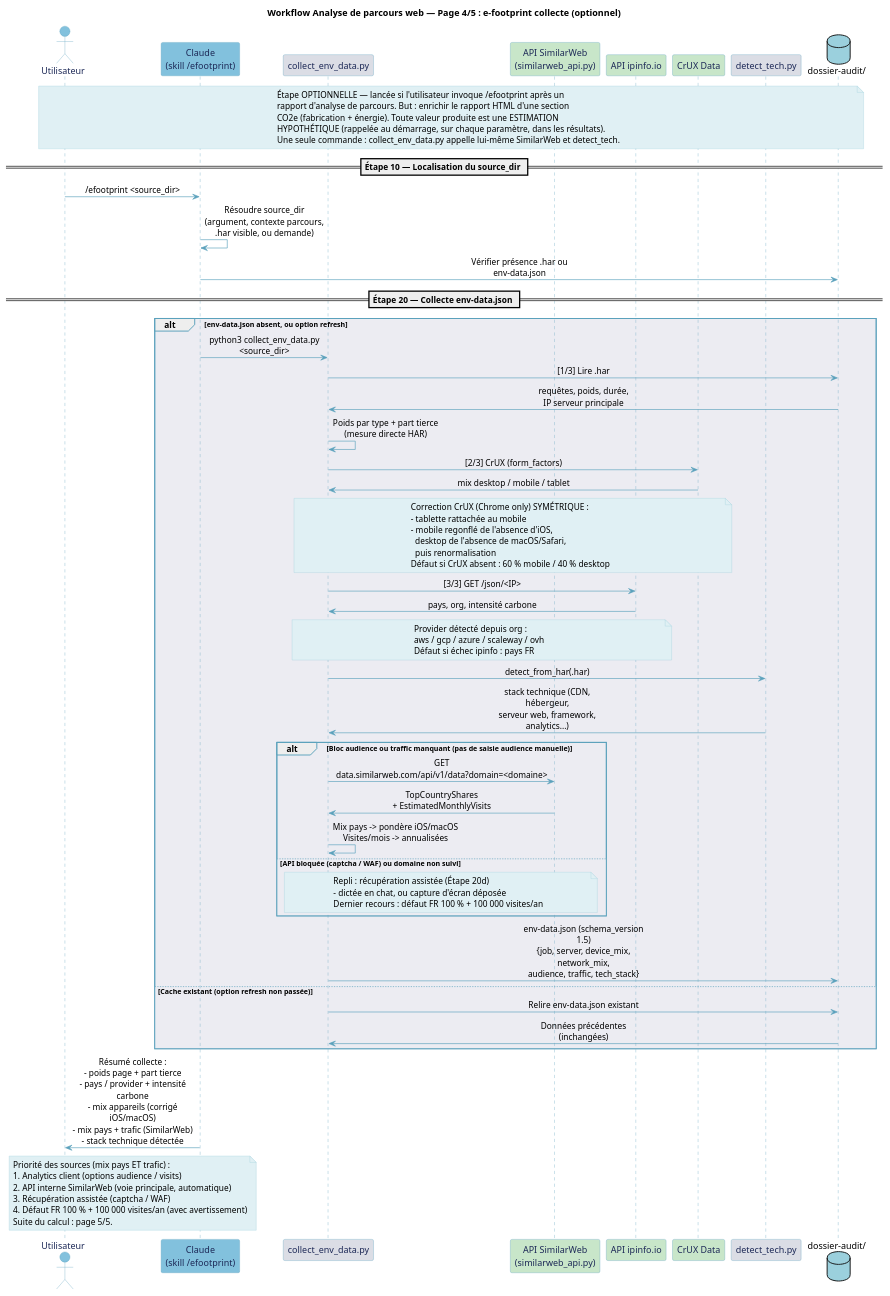
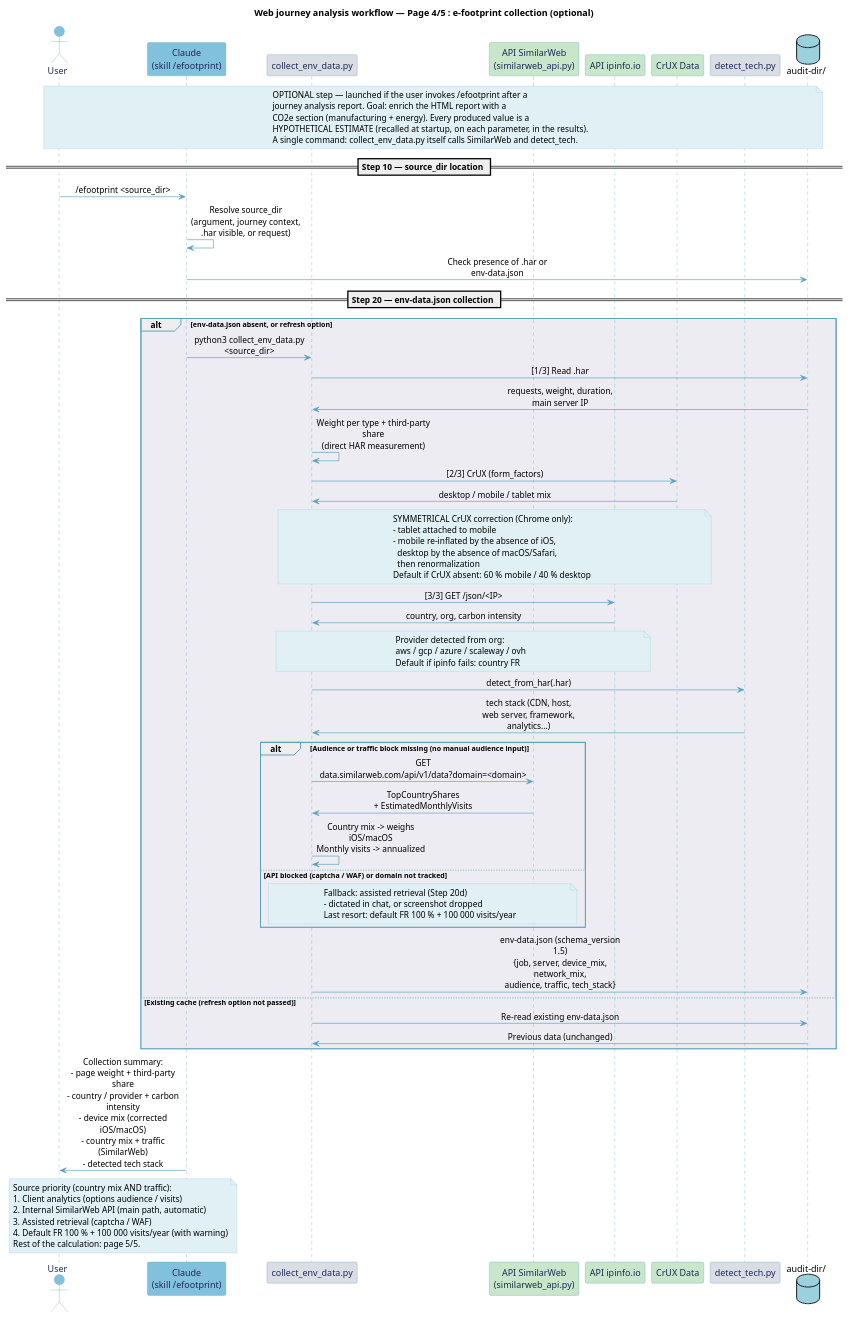
Before and after one commit to Boavizta/eroom: the fourth of 7 diagrams in .claude/skills/diagrammes-analyse-parcours/SKILL.md, drawn with PlantUML. The commit also changed other lines of this file and 228 other files, not shown here.

````diff
--- a/.claude/skills/diagrammes-analyse-parcours/SKILL.md
+++ b/.claude/skills/diagrammes-analyse-parcours/SKILL.md
@@ -383,6 +385,6 @@
 ```plantuml
 @startuml analyse-parcours-p4
-title Workflow Analyse de parcours web — Page 4/5 : e-footprint collecte (optionnel)
+title Web journey analysis workflow — Page 4/5 : e-footprint collection (optional)
 
 skinparam backgroundColor #FFFFFF
 skinparam participant {
@@ -405,89 +407,89 @@
 skinparam maxMessageSize 200
 skinparam responseMessageBelowArrow true
 
-actor "Utilisateur" as U #82C1DD
+actor "User" as U #82C1DD
 participant "Claude\n(skill /efootprint)" as C #82C1DD
 participant "collect_env_data.py" as CED #DBDDE5
 participant "API SimilarWeb\n(similarweb_api.py)" as SW #C8E6C9
 participant "API ipinfo.io" as IP #C8E6C9
 participant "CrUX Data" as CR #C8E6C9
 participant "detect_tech.py" as DT #DBDDE5
-database "dossier-audit/" as FS #9BD0DD
+database "audit-dir/" as FS #9BD0DD
 
 note over U, FS
-  Étape OPTIONNELLE — lancée si l'utilisateur invoque /efootprint après un
-  rapport d'analyse de parcours. But : enrichir le rapport HTML d'une section
-  CO2e (fabrication + énergie). Toute valeur produite est une ESTIMATION
-  HYPOTHÉTIQUE (rappelée au démarrage, sur chaque paramètre, dans les résultats).
-  Une seule commande : collect_env_data.py appelle lui-même SimilarWeb et detect_tech.
+  OPTIONAL step — launched if the user invokes /efootprint after a
+  journey analysis report. Goal: enrich the HTML report with a
+  CO2e section (manufacturing + energy). Every produced value is a
+  HYPOTHETICAL ESTIMATE (recalled at startup, on each parameter, in the results).
+  A single command: collect_env_data.py itself calls SimilarWeb and detect_tech.
 end note
 
-== Étape 10 — Localisation du source_dir ==
+== Step 10 — source_dir location ==
 
 U -> C : /efootprint <source_dir>
-C -> C : Résoudre source_dir\n(argument, contexte parcours,\n.har visible, ou demande)
-C -> FS : Vérifier présence .har ou env-data.json
+C -> C : Resolve source_dir\n(argument, journey context,\n.har visible, or request)
+C -> FS : Check presence of .har or env-data.json
 
-== Étape 20 — Collecte env-data.json ==
+== Step 20 — env-data.json collection ==
 
-alt env-data.json absent, ou option refresh
+alt env-data.json absent, or refresh option
   C -> CED : python3 collect_env_data.py <source_dir>
 
-  CED -> FS : [1/3] Lire .har
-  FS -> CED : requêtes, poids, durée,\nIP serveur principale
-  CED -> CED : Poids par type + part tierce\n(mesure directe HAR)
+  CED -> FS : [1/3] Read .har
+  FS -> CED : requests, weight, duration,\nmain server IP
+  CED -> CED : Weight per type + third-party share\n(direct HAR measurement)
 
   CED -> CR : [2/3] CrUX (form_factors)
-  CR -> CED : mix desktop / mobile / tablet
+  CR -> CED : desktop / mobile / tablet mix
 
   note over CED, CR
-    Correction CrUX (Chrome only) SYMÉTRIQUE :
-    - tablette rattachée au mobile
-    - mobile regonflé de l'absence d'iOS,
-      desktop de l'absence de macOS/Safari,
-      puis renormalisation
-    Défaut si CrUX absent : 60 % mobile / 40 % desktop
+    SYMMETRICAL CrUX correction (Chrome only):
+    - tablet attached to mobile
+    - mobile re-inflated by the absence of iOS,
+      desktop by the absence of macOS/Safari,
+      then renormalization
+    Default if CrUX absent: 60 % mobile / 40 % desktop
   end note
 
   CED -> IP : [3/3] GET /json/<IP>
-  IP -> CED : pays, org, intensité carbone
+  IP -> CED : country, org, carbon intensity
 
   note over CED, IP
-    Provider détecté depuis org :
+    Provider detected from org:
     aws / gcp / azure / scaleway / ovh
-    Défaut si échec ipinfo : pays FR
+    Default if ipinfo fails: country FR
   end note
 
   CED -> DT : detect_from_har(.har)
-  DT -> CED : stack technique (CDN, hébergeur,\nserveur web, framework, analytics...)
+  DT -> CED : tech stack (CDN, host,\nweb server, framework, analytics...)
 
-  alt Bloc audience ou traffic manquant (pas de saisie audience manuelle)
-    CED -> SW : GET data.similarweb.com/api/v1/data?domain=<domaine>
+  alt Audience or traffic block missing (no manual audience input)
+    CED -> SW : GET data.similarweb.com/api/v1/data?domain=<domain>
     SW -> CED : TopCountryShares\n+ EstimatedMonthlyVisits
-    CED -> CED : Mix pays -> pondère iOS/macOS\nVisites/mois -> annualisées
-  else API bloquée (captcha / WAF) ou domaine non suivi
+    CED -> CED : Country mix -> weighs iOS/macOS\nMonthly visits -> annualized
+  else API blocked (captcha / WAF) or domain not tracked
     note over CED, SW
-      Repli : récupération assistée (Étape 20d)
-      - dictée en chat, ou capture d'écran déposée
-      Dernier recours : défaut FR 100 % + 100 000 visites/an
+      Fallback: assisted retrieval (Step 20d)
+      - dictated in chat, or screenshot dropped
+      Last resort: default FR 100 % + 100 000 visits/year
     end note
   end
 
   CED -> FS : env-data.json (schema_version 1.5)\n{job, server, device_mix, network_mix,\naudience, traffic, tech_stack}
-else Cache existant (option refresh non passée)
-  CED -> FS : Relire env-data.json existant
-  FS -> CED : Données précédentes (inchangées)
+else Existing cache (refresh option not passed)
+  CED -> FS : Re-read existing env-data.json
+  FS -> CED : Previous data (unchanged)
 end
 
-C -> U : Résumé collecte :\n- poids page + part tierce\n- pays / provider + intensité carbone\n- mix appareils (corrigé iOS/macOS)\n- mix pays + trafic (SimilarWeb)\n- stack technique détectée
+C -> U : Collection summary:\n- page weight + third-party share\n- country / provider + carbon intensity\n- device mix (corrected iOS/macOS)\n- country mix + traffic (SimilarWeb)\n- detected tech stack
 
 note over U, C
-  Priorité des sources (mix pays ET trafic) :
-  1. Analytics client (options audience / visits)
-  2. API interne SimilarWeb (voie principale, automatique)
-  3. Récupération assistée (captcha / WAF)
-  4. Défaut FR 100 % + 100 000 visites/an (avec avertissement)
-  Suite du calcul : page 5/5.
+  Source priority (country mix AND traffic):
+  1. Client analytics (options audience / visits)
+  2. Internal SimilarWeb API (main path, automatic)
+  3. Assisted retrieval (captcha / WAF)
+  4. Default FR 100 % + 100 000 visits/year (with warning)
+  Rest of the calculation: page 5/5.
 end note
 
 @enduml
````
